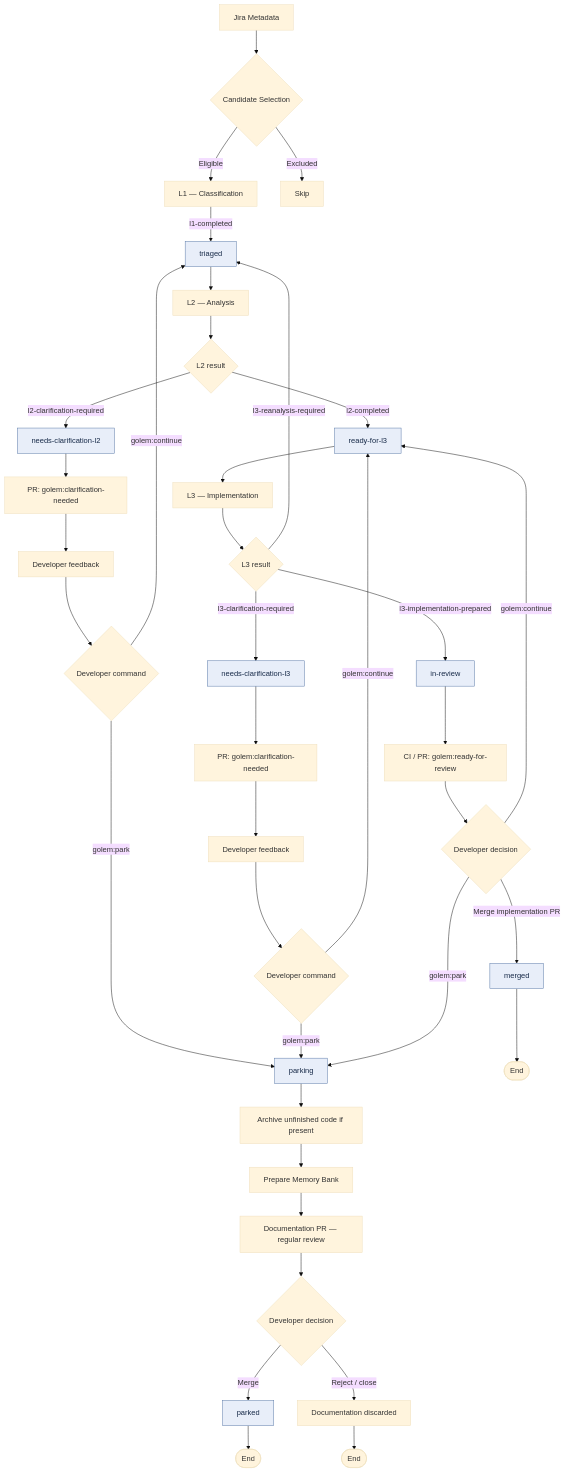
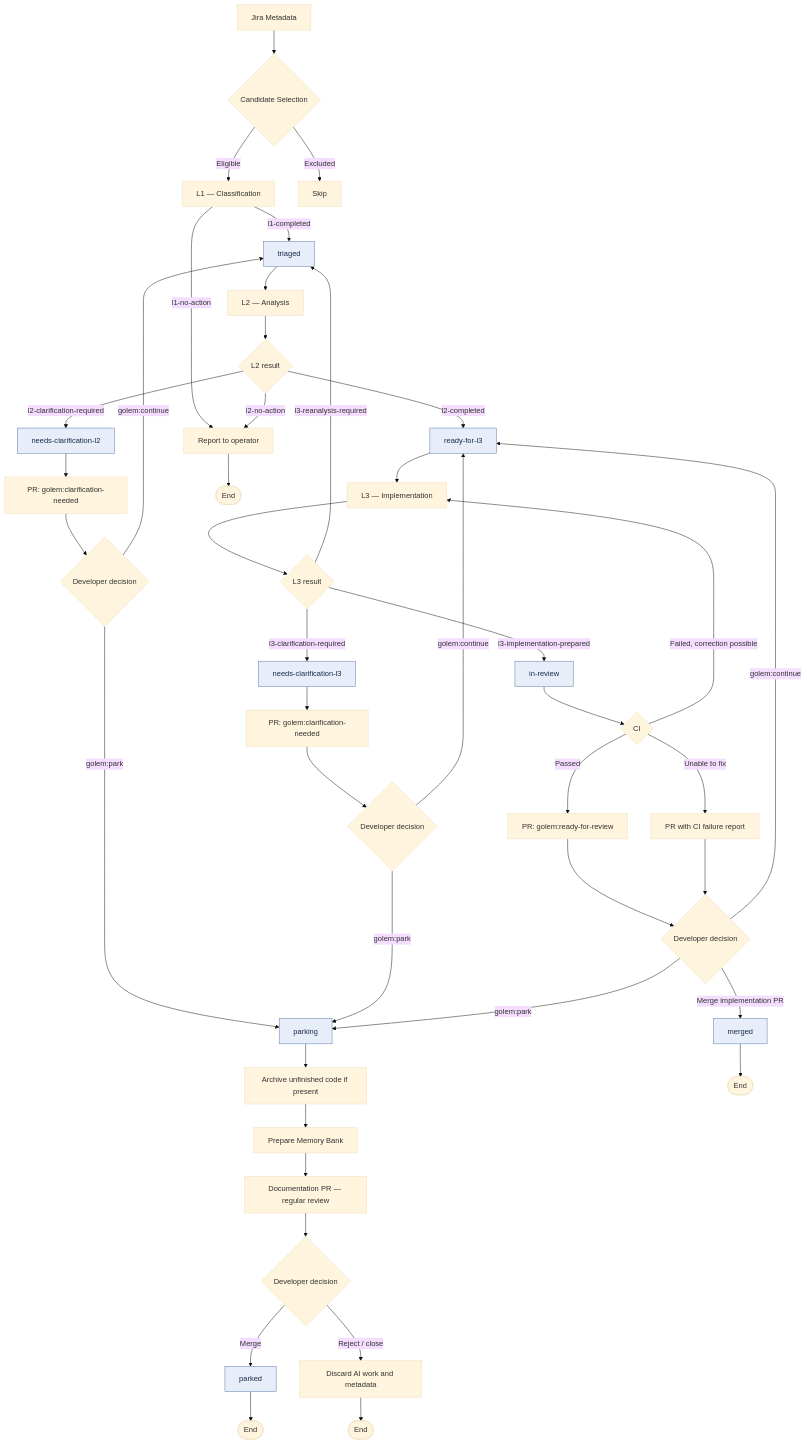
Before and after one commit to jbanaszczyk/golem: the diagram in README.md, drawn with Mermaid (base theme). The commit also changed other lines of this file and 3 other files, not shown here.

Commit message:
Ready for review 3

````diff
--- a/README.md
+++ b/README.md
@@ -48,55 +57,61 @@
 ```mermaid
 flowchart TD
     META["Jira Metadata"] --> SELECT{"Candidate Selection"}
     SELECT -->|Eligible| L1["L1 — Classification"]
     SELECT -->|Excluded| SKIP["Skip"]
 
     L1 -->|l1-completed| TRIAGED["triaged"]
+    L1 -->|l1-no-action| NOACTION["Report to operator"]
     TRIAGED --> L2["L2 — Analysis"]
 
     L2 --> L2R{"L2 result"}
     L2R -->|l2-completed| READY["ready-for-l3"]
     L2R -->|l2-clarification-required| Q2["needs-clarification-l2"]
+    L2R -->|l2-no-action| NOACTION
 
     Q2 --> PR2["PR: golem:clarification-needed"]
-    PR2 --> FEEDBACK2["Developer feedback"]
-    FEEDBACK2 --> CMD2{"Developer command"}
-    CMD2 -->|golem:continue| TRIAGED
+    PR2 --> D2{"Developer decision"}
+    D2 -->|golem:continue| TRIAGED
 
     READY --> L3["L3 — Implementation"]
     L3 --> L3R{"L3 result"}
 
     L3R -->|l3-clarification-required| Q3["needs-clarification-l3"]
     L3R -->|l3-reanalysis-required| TRIAGED
     L3R -->|l3-implementation-prepared| REVIEW["in-review"]
 
     Q3 --> PR3["PR: golem:clarification-needed"]
-    PR3 --> FEEDBACK3["Developer feedback"]
-    FEEDBACK3 --> CMD3{"Developer command"}
-    CMD3 -->|golem:continue| READY
+    PR3 --> D3{"Developer decision"}
+    D3 -->|golem:continue| READY
 
-    REVIEW --> CI["CI / PR: golem:ready-for-review"]
-    CI --> DECISION{"Developer decision"}
+    REVIEW --> CI{"CI"}
+    CI -->|Failed, correction possible| L3
+    CI -->|Passed| READYPR["PR: golem:ready-for-review"]
+    CI -->|Unable to fix| FAILEDPR["PR with CI failure report"]
+
+    READYPR --> DECISION{"Developer decision"}
+    FAILEDPR --> DECISION
 
     DECISION -->|Merge implementation PR| MERGED["merged"]
     DECISION -->|golem:continue| READY
 
-    CMD2 -->|golem:park| PARKING["parking"]
-    CMD3 -->|golem:park| PARKING
+    D2 -->|golem:park| PARKING["parking"]
+    D3 -->|golem:park| PARKING
     DECISION -->|golem:park| PARKING
 
     PARKING --> ARCHIVE["Archive unfinished code if present"]
     ARCHIVE --> MB["Prepare Memory Bank"]
     MB --> DPR["Documentation PR — regular review"]
     DPR --> DREVIEW{"Developer decision"}
 
     DREVIEW -->|Merge| PARKED["parked"]
-    DREVIEW -->|Reject / close| REJECTED["Documentation discarded"]
+    DREVIEW -->|Reject / close| REJECTED["Discard AI work and metadata"]
 
     MERGED --> END1(["End"])
     PARKED --> END2(["End"])
     REJECTED --> END3(["End"])
+    NOACTION --> END4(["End"])
 
     classDef state fill:#e8eef9,stroke:#5575a5,color:#182b49
     class TRIAGED,READY,Q2,Q3,REVIEW,PARKING,PARKED,MERGED state
 ```
````
